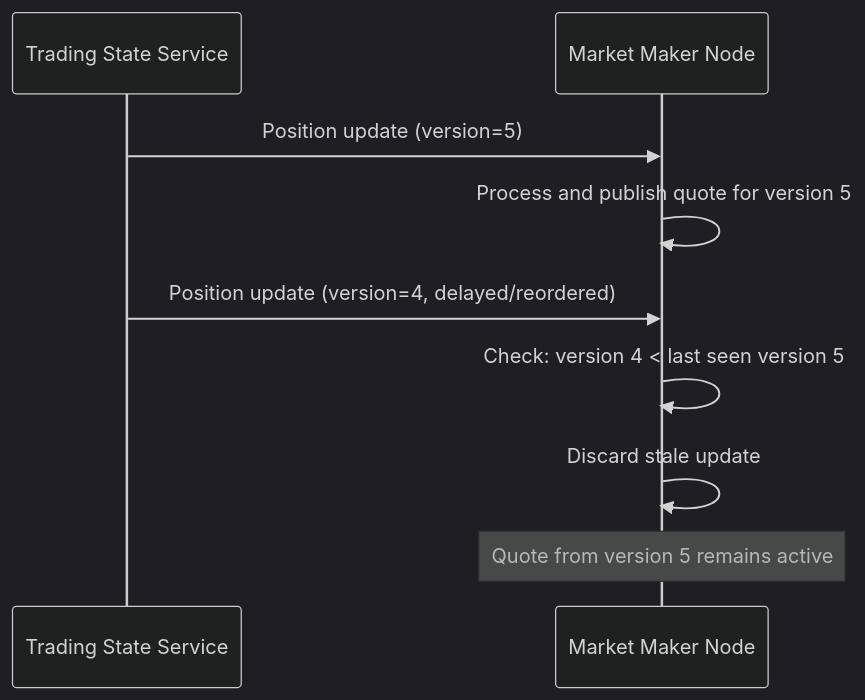
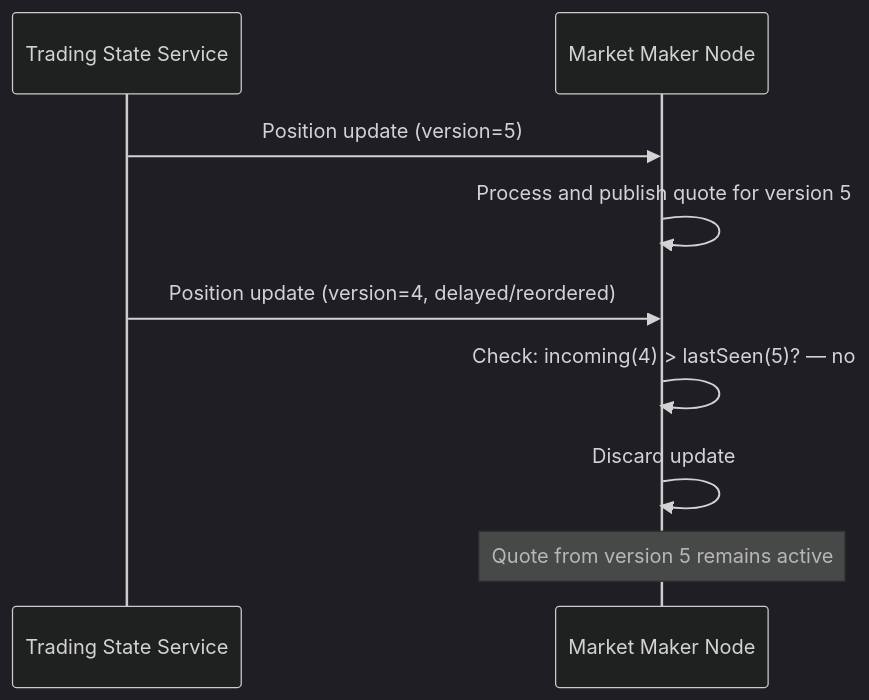
The eighth of 12 diagrams in docs/workflows.md (TaniDiament/Velocity-Trading), drawn with Mermaid (dark theme) before and after one commit. The commit also changed other lines of this file, not shown here.

````diff
--- a/docs/workflows.md
+++ b/docs/workflows.md
@@ -122,11 +124,11 @@
 ```mermaid
 sequenceDiagram
   participant state as Trading State Service
   participant maker as Market Maker Node
   state->>maker: Position update (version=5)
   maker->>maker: Process and publish quote for version 5
   state->>maker: Position update (version=4, delayed/reordered)
-  maker->>maker: Check: version 4 < last seen version 5
-  maker->>maker: Discard stale update
+  maker->>maker: Check: incoming(4) > lastSeen(5)? — no
+  maker->>maker: Discard update
   Note over maker: Quote from version 5 remains active
 ```
````
